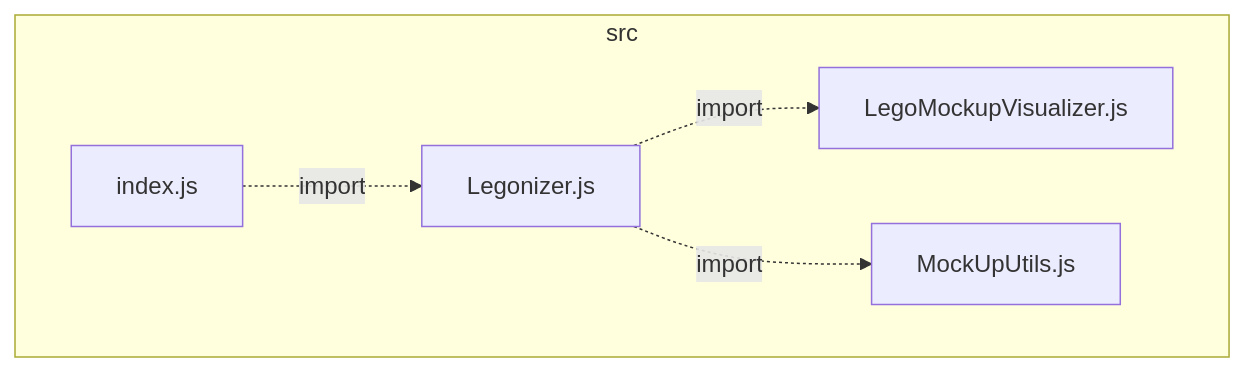
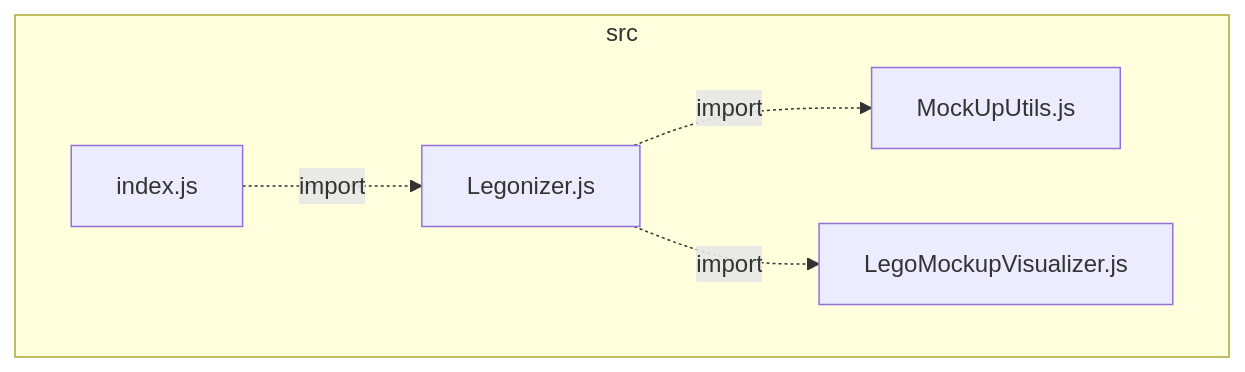
The diagram in packages/widget_legonizer/architecture.md (VCityTeam/UD-Viz), drawn with Mermaid before and after one commit. The commit also changed other lines of this file and 43 other files, not shown here.

````diff
--- a/packages/widget_legonizer/architecture.md
+++ b/packages/widget_legonizer/architecture.md
@@ -1,12 +1,12 @@
 ```mermaid
 flowchart
  subgraph IDsrc["src"]
+  IDsrcIndex2ejs["index.js"]
   IDsrcLegoMockupVisualizer2ejs["LegoMockupVisualizer.js"]
   IDsrcLegonizer2ejs["Legonizer.js"]
   IDsrcMockUpUtils2ejs["MockUpUtils.js"]
-  IDsrcIndex2ejs["index.js"]
  end
+IDsrcIndex2ejs-.->|import|IDsrcLegonizer2ejs
 IDsrcLegonizer2ejs-.->|import|IDsrcMockUpUtils2ejs
 IDsrcLegonizer2ejs-.->|import|IDsrcLegoMockupVisualizer2ejs
-IDsrcIndex2ejs-.->|import|IDsrcLegonizer2ejs
 ```
````
